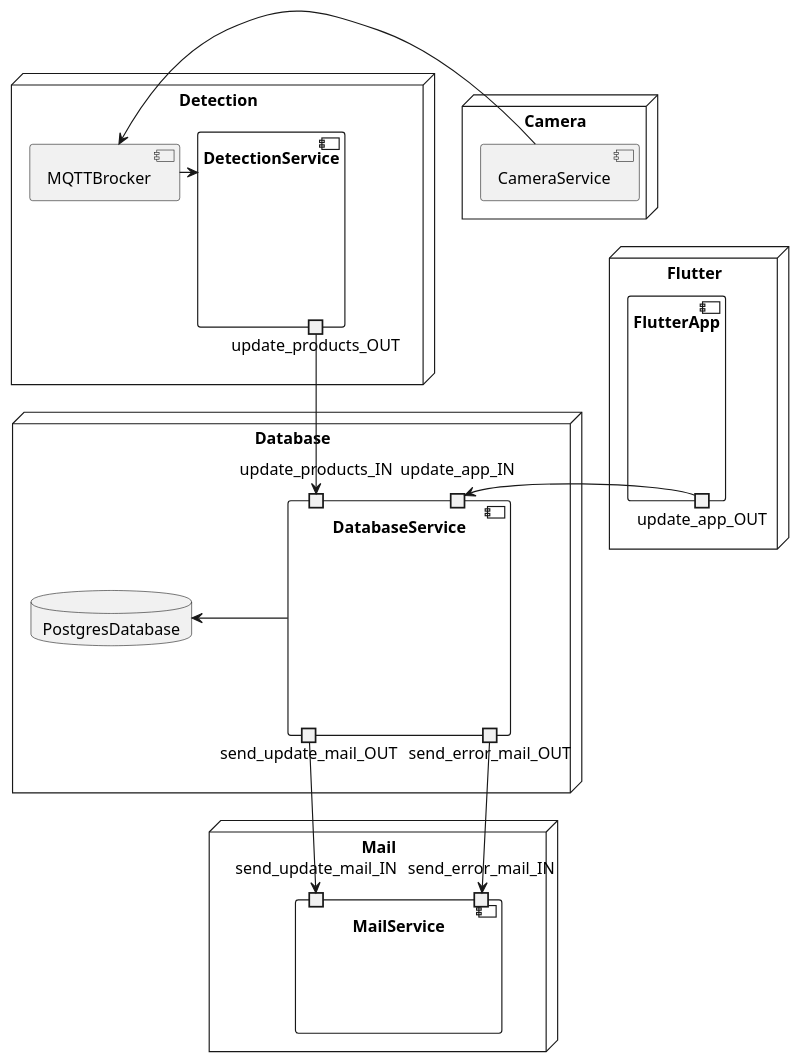
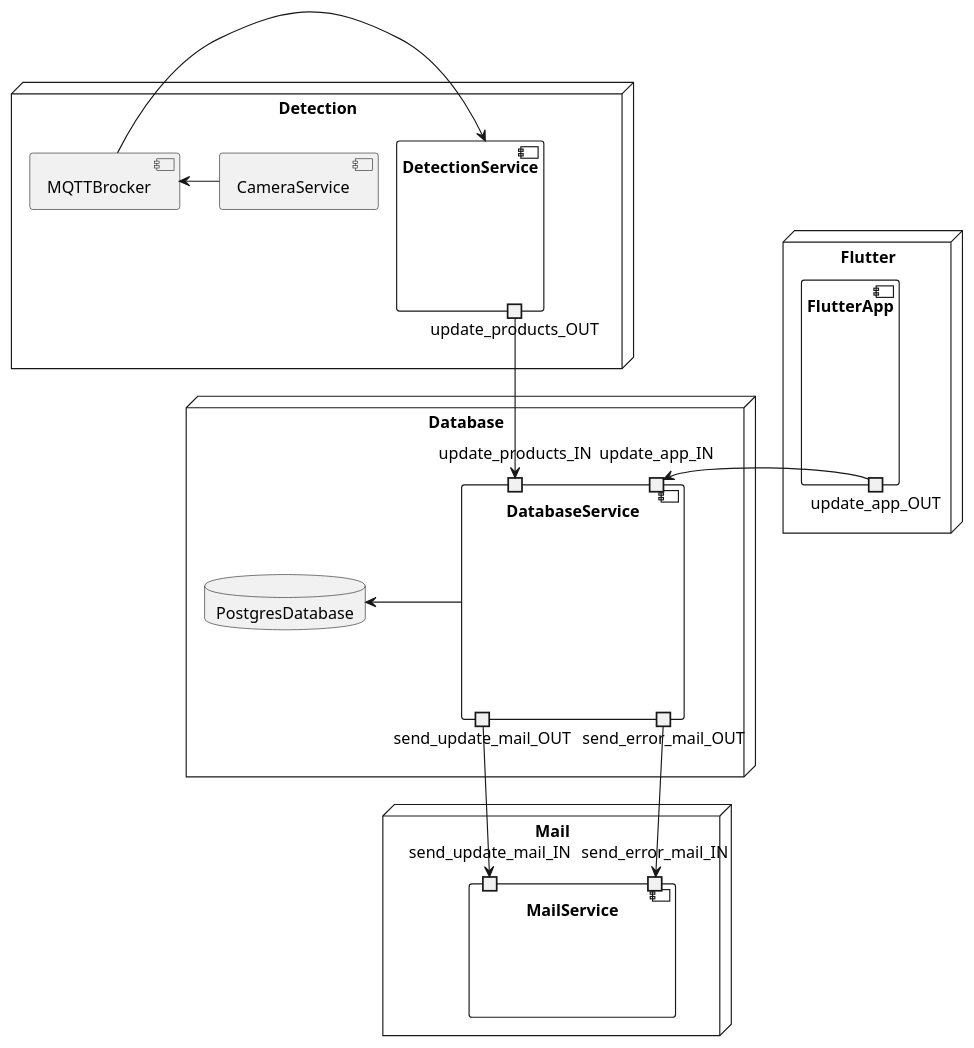
One commit to Marcey1611/stock-tracker-project-sysad-ws2425 changed the diagram in doc/documentation/uml/components_diagramm.puml. Above: the diagram before and after it, drawn with PlantUML.

Commit message:
SYSAD-54: Updated components diagram

```diff
--- a/doc/documentation/uml/components_diagramm.puml
+++ b/doc/documentation/uml/components_diagramm.puml
@@ -1,47 +1,45 @@
 @startuml
 node Detection {
     component DetectionService {
         portout update_products_OUT
     }
     component MQTTBrocker
+    component CameraService
 }
 node Database {
     database PostgresDatabase
     component DatabaseService{
         portin update_products_IN
 
         portin update_app_IN
 
         portout send_update_mail_OUT
         portout send_error_mail_OUT
     }
-}
-node Camera {
-    component CameraService
 }
 
 node Mail {
     component MailService{
         portin send_update_mail_IN
         portin send_error_mail_IN
     }
 }
 node Flutter {
     component FlutterApp {
         portout update_app_OUT
     }
 }
 
 CameraService -left-> MQTTBrocker
 
 MQTTBrocker -left-> DetectionService
 
 update_products_OUT -down-> update_products_IN
 
 update_app_OUT -left-> update_app_IN
 
 send_update_mail_OUT -down-> send_update_mail_IN
 send_error_mail_OUT -down-> send_error_mail_IN
 
 DatabaseService -left-> PostgresDatabase
 @enduml
```
